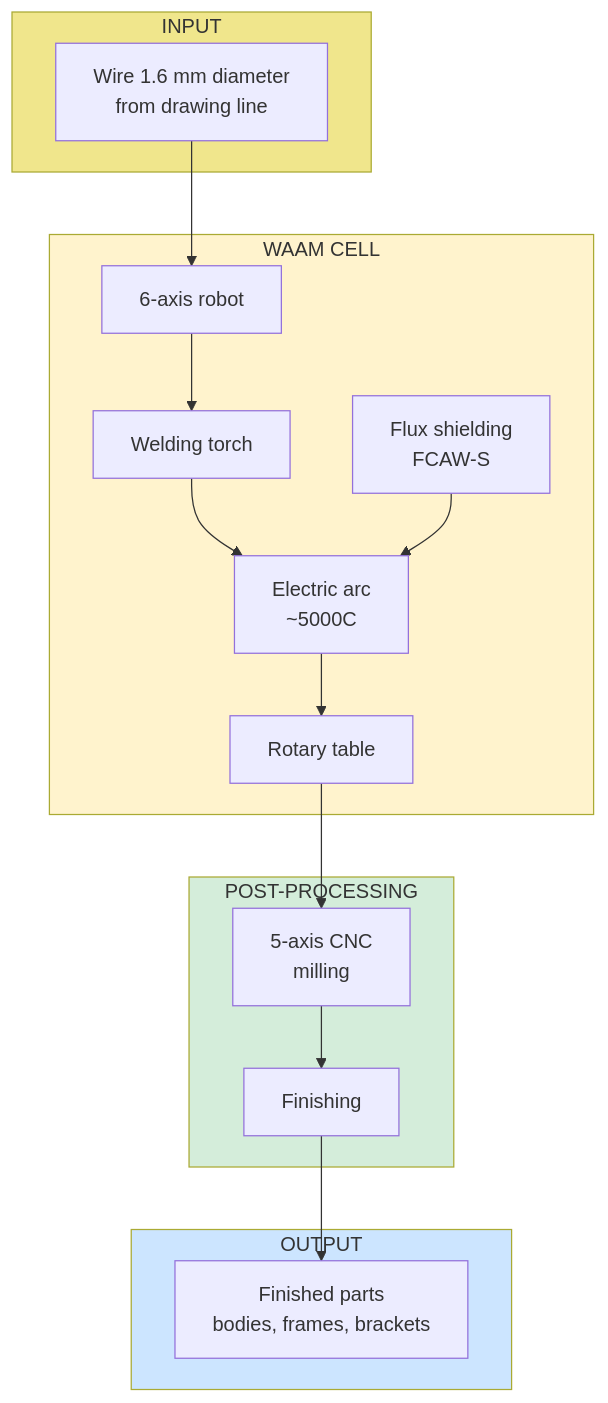
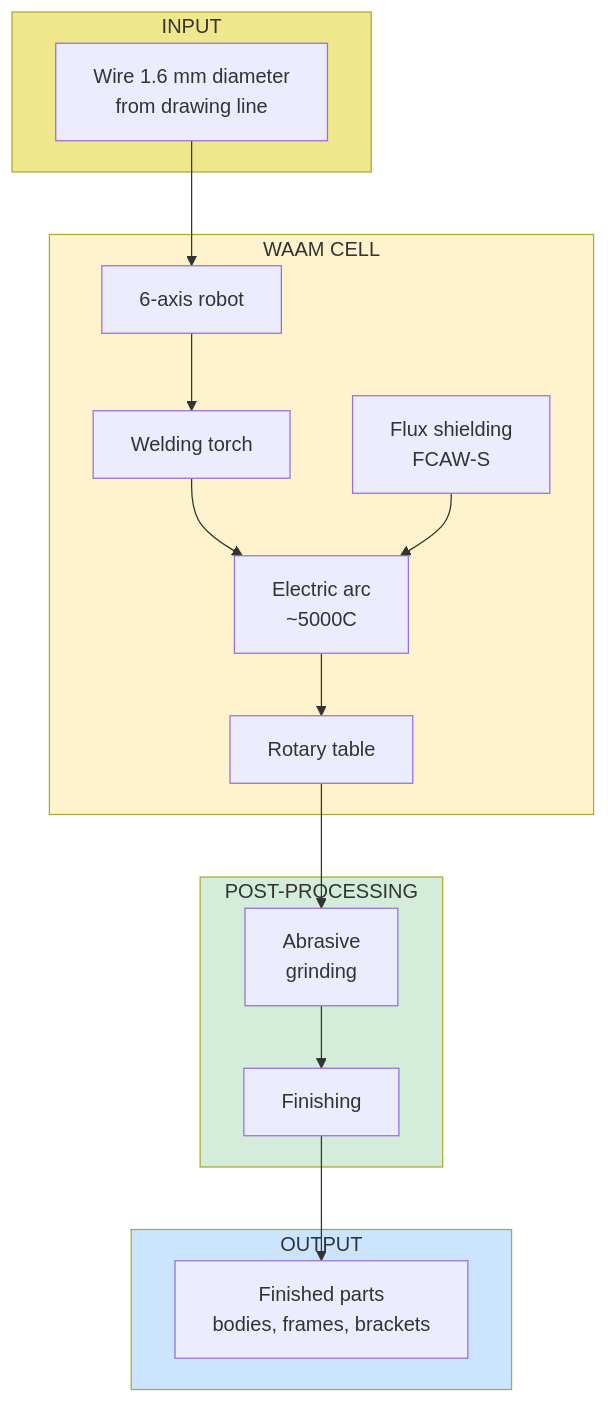
The diagram in en/science/detailed/production/factories/elements/waam.qmd (DmitryNasikanov/infinite-energy), drawn with Mermaid before and after one commit. The commit also changed other lines of this file and 39 other files, not shown here.

````diff
--- a/en/science/detailed/production/factories/elements/waam.qmd
+++ b/en/science/detailed/production/factories/elements/waam.qmd
@@ -23,37 +23,37 @@
 ```{mermaid}
 flowchart TD
     subgraph INPUT["INPUT"]
         WIRE["Wire 1.6 mm diameter<br/>from drawing line"]
     end
 
     subgraph WAAM_CELL["WAAM CELL"]
         ROBOT["6-axis robot"]
         TORCH["Welding torch"]
         ARC["Electric arc<br/>~5000C"]
         FLUX["Flux shielding<br/>FCAW-S"]
         TABLE["Rotary table"]
     end
 
     subgraph POST["POST-PROCESSING"]
-        CNC["5-axis CNC<br/>milling"]
+        GRIND["Abrasive<br/>grinding"]
         FINISH["Finishing"]
     end
 
     subgraph OUTPUT["OUTPUT"]
         PARTS["Finished parts<br/>bodies, frames, brackets"]
     end
 
     WIRE --> ROBOT
     ROBOT --> TORCH
     TORCH --> ARC
     FLUX --> ARC
     ARC --> TABLE
-    TABLE --> CNC
-    CNC --> FINISH
+    TABLE --> GRIND
+    GRIND --> FINISH
     FINISH --> PARTS
 
     style INPUT fill:#f0e68c
     style WAAM_CELL fill:#fff3cd
     style POST fill:#d4edda
     style OUTPUT fill:#cce5ff
 ```
````
